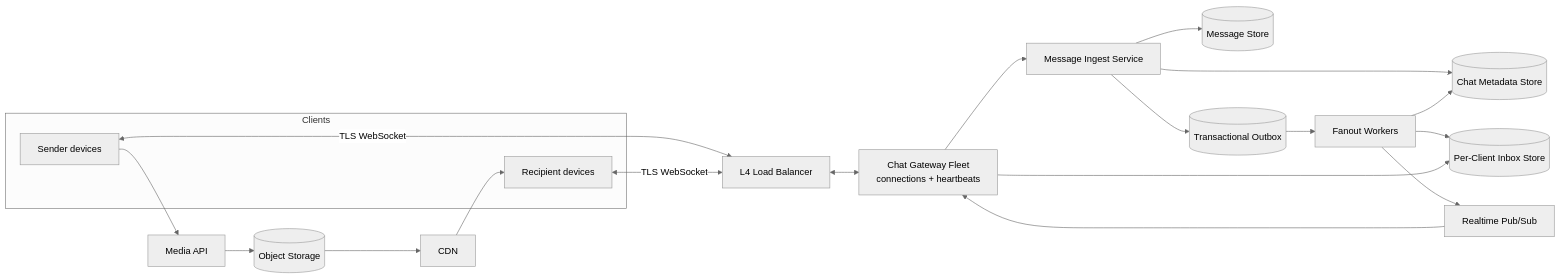
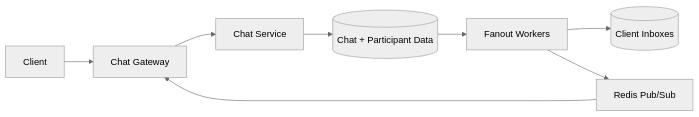
One commit to ying8020/SD changed the third of 6 diagrams in whatsapp_system_design.md. Above: the diagram before and after it, drawn with Mermaid (neutral theme). The commit also changed other lines of this file, not shown here.

````diff
--- a/whatsapp_system_design.md
+++ b/whatsapp_system_design.md
@@ -505,29 +361,10 @@
 ```mermaid
 flowchart LR
-    subgraph Clients
-        A["Sender devices"]
-        B["Recipient devices"]
-    end
-
-    A <-->|"TLS WebSocket"| LB["L4 Load Balancer"]
-    B <-->|"TLS WebSocket"| LB
-    LB <--> G["Chat Gateway Fleet<br/>connections + heartbeats"]
-
-    G --> I["Message Ingest Service"]
-    I --> CDB[("Chat Metadata Store")]
-    I --> MDB[("Message Store")]
-    I --> O[("Transactional Outbox")]
-
-    O --> F["Fanout Workers"]
-    F --> CDB
-    F --> IDB[("Per-Client Inbox Store")]
-    F --> P["Realtime Pub/Sub"]
+    C["Client"] --> G["Chat Gateway"]
+    G --> S["Chat Service"]
+    S --> DB[("Chat + Participant Data")]
+    DB --> F["Fanout Workers"]
+    F --> I[("Client Inboxes")]
+    F --> P["Redis Pub/Sub"]
     P --> G
-
-    G --> IDB
-
-    A --> M["Media API"]
-    M --> S[("Object Storage")]
-    S --> CDN["CDN"]
-    CDN --> B
 ```
````
